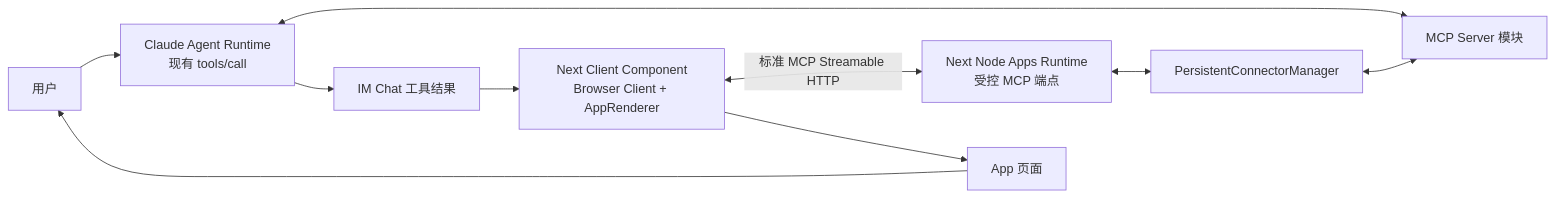
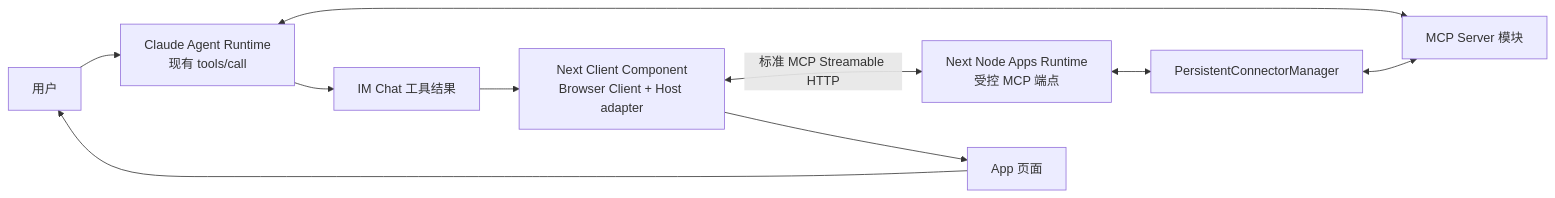
The first of 3 diagrams in docs/design/claude-agent/mcp-apps-integration-strategy.md (glide-the/im-dream), drawn with Mermaid before and after one commit. The commit also changed other lines of this file and 813 other files, not shown here.

Commit message:
feat(mcp-apps): integrate governed host and consolidate frontend app

````diff
--- a/docs/design/claude-agent/mcp-apps-integration-strategy.md
+++ b/docs/design/claude-agent/mcp-apps-integration-strategy.md
@@ -65,12 +66,12 @@
 ```mermaid
 flowchart LR
     U["用户"] --> A["Claude Agent Runtime<br/>现有 tools/call"]
     A <--> S["MCP Server 模块"]
     A --> R["IM Chat 工具结果"]
-    R --> AR["Next Client Component<br/>Browser Client + AppRenderer"]
+    R --> AR["Next Client Component<br/>Browser Client + Host adapter"]
     AR <-->|"标准 MCP Streamable HTTP"| N["Next Node Apps Runtime<br/>受控 MCP 端点"]
     N <--> C["PersistentConnectorManager"]
     C <--> S
     AR --> V["App 页面"]
     V --> U
 ```
````
